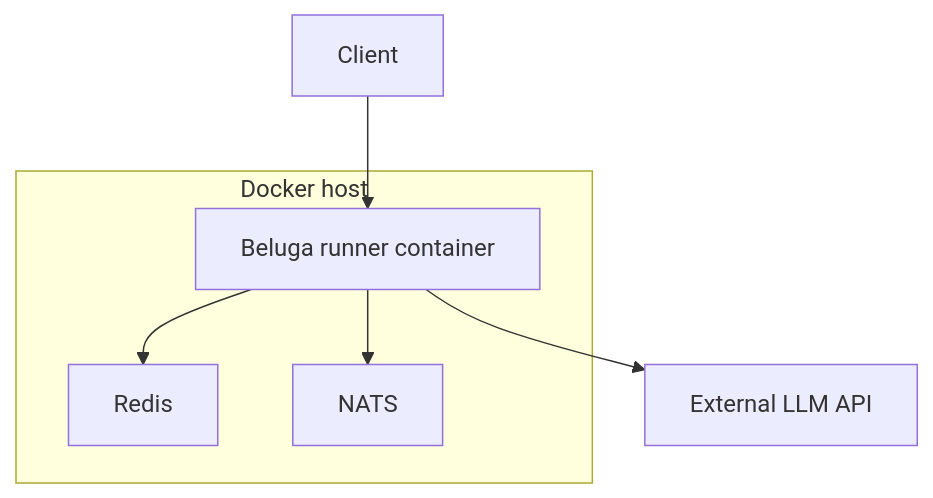
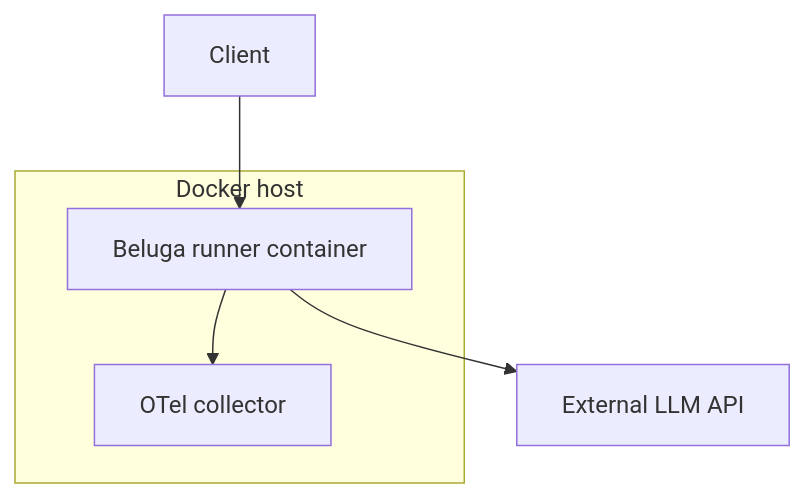
Before and after one commit to lookatitude/beluga-ai: the third of 6 diagrams in docs/architecture/17-deployment-modes.md, drawn with Mermaid. The commit also changed other lines of this file and 109 other files, not shown here.

````diff
--- a/docs/architecture/17-deployment-modes.md
+++ b/docs/architecture/17-deployment-modes.md
@@ -64,12 +79,10 @@
 ```mermaid
 graph TD
   subgraph Host[Docker host]
     R[Beluga runner container]
-    Redis[Redis]
-    NATS[NATS]
+    OT[OTel collector]
   end
   Client --> R
-  R --> Redis
-  R --> NATS
+  R --> OT
   R --> LLM[External LLM API]
 ```
````
